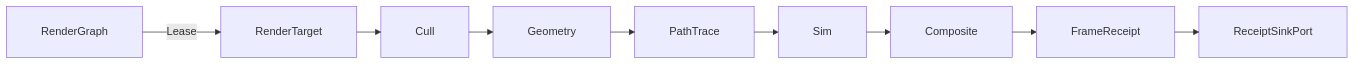
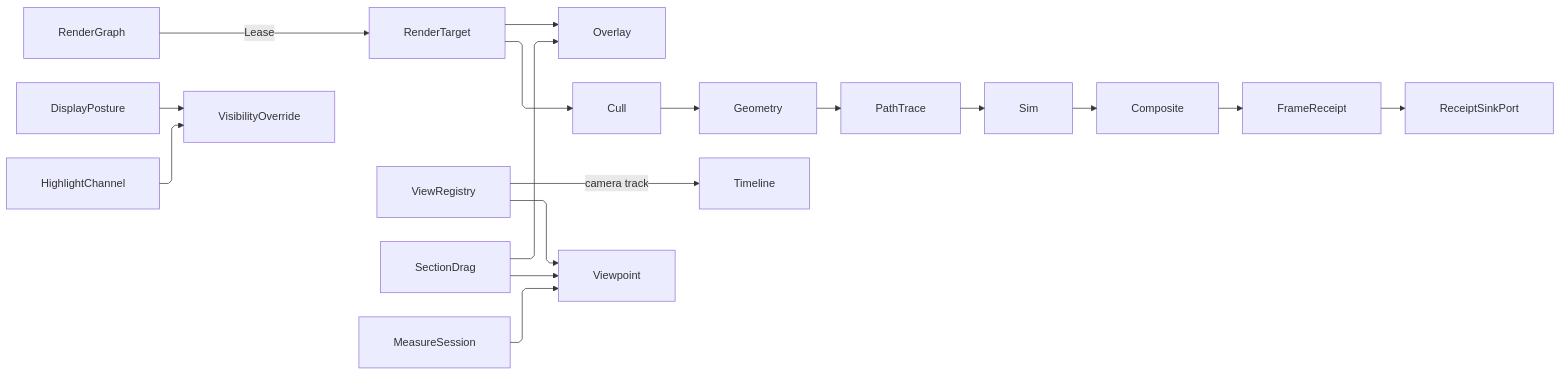
The diagram in libs/csharp/Rasm.AppUi/.planning/Render/pipeline.md (bsamiee/Rasm), drawn with Mermaid before and after one commit. The commit also changed other lines of this file and 747 other files, not shown here.

````diff
--- a/libs/csharp/Rasm.AppUi/.planning/Render/pipeline.md
+++ b/libs/csharp/Rasm.AppUi/.planning/Render/pipeline.md
@@ -601,20 +710,28 @@
 ```mermaid
 ---
 config:
   layout: elk
   flowchart:
     curve: linear
     padding: 25
 ---
 flowchart LR
     accTitle: Render graph frame flow
     accDescr: A leased render target flows through cull, geometry, path tracing, simulation, composite, and receipt sealing.
     RenderGraph -->|Lease| RenderTarget
+    RenderTarget --> Overlay
     RenderTarget --> Cull
     Cull --> Geometry
     Geometry --> PathTrace
     PathTrace --> Sim
     Sim --> Composite
     Composite --> FrameReceipt
     FrameReceipt --> ReceiptSinkPort
+    ViewRegistry -->|camera track| Timeline
+    ViewRegistry --> Viewpoint
+    SectionDrag --> Overlay
+    SectionDrag --> Viewpoint
+    MeasureSession --> Viewpoint
+    DisplayPosture --> VisibilityOverride
+    HighlightChannel --> VisibilityOverride
 ```
````
